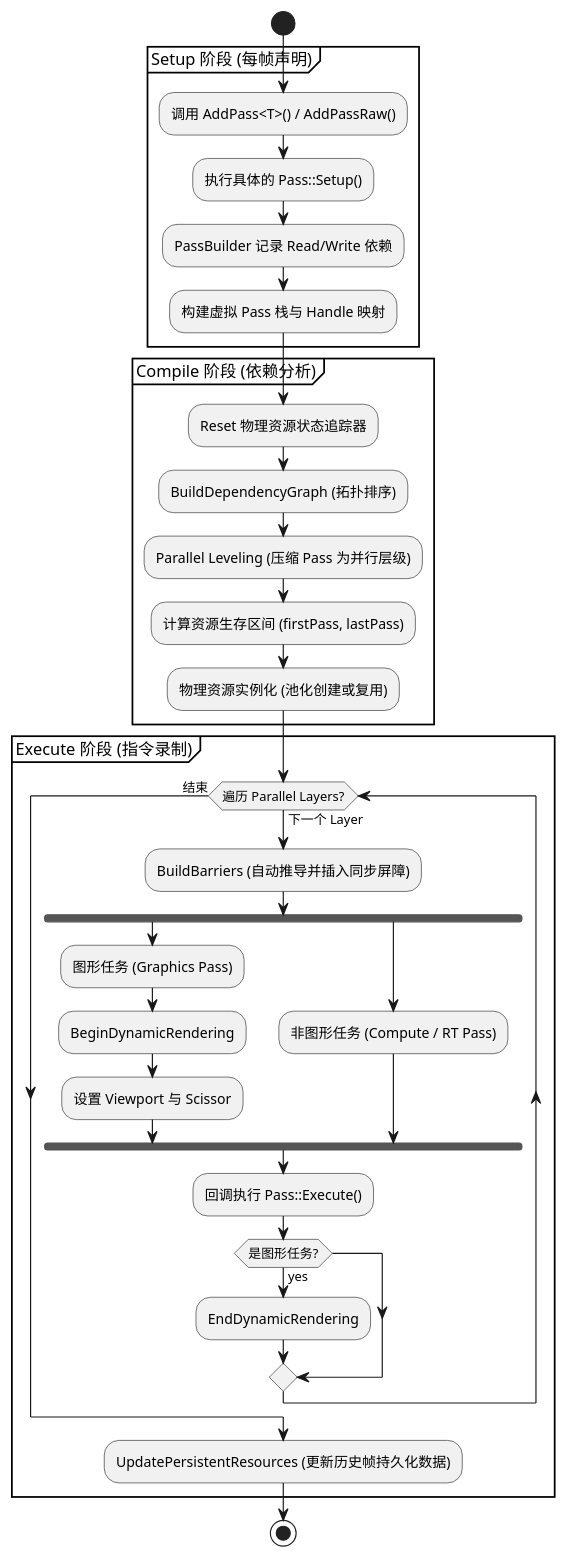
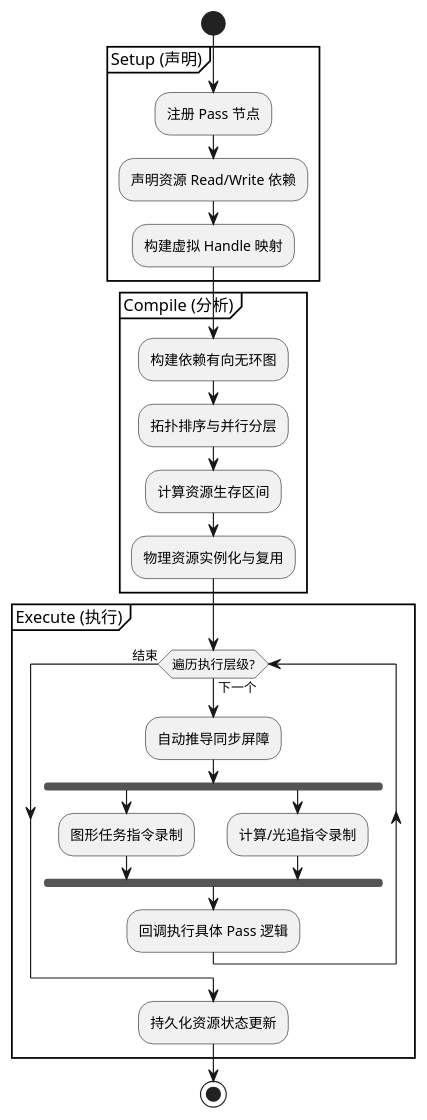
Diagram 11 of 17 in RenderGraph_Architecture_Diagrams.md (CadenXc/HybridRenderer), drawn with PlantUML before and after one commit. The commit also changed other lines of this file and 3 other files, not shown here.

````diff
--- a/RenderGraph_Architecture_Diagrams.md
+++ b/RenderGraph_Architecture_Diagrams.md
@@ -538,43 +464,36 @@
 ```plantuml
 @startuml
 skinparam backgroundColor white
 skinparam shadowing false
 
 start
 
-partition "Setup 阶段 (每帧声明)" {
-    :调用 AddPass<T>() / AddPassRaw();
-    :执行具体的 Pass::Setup();
-    :PassBuilder 记录 Read/Write 依赖;
-    :构建虚拟 Pass 栈与 Handle 映射;
+partition "Setup (声明)" {
+    :注册 Pass 节点;
+    :声明资源 Read/Write 依赖;
+    :构建虚拟 Handle 映射;
 }
 
-partition "Compile 阶段 (依赖分析)" {
-    :Reset 物理资源状态追踪器;
-    :BuildDependencyGraph (拓扑排序);
-    :Parallel Leveling (压缩 Pass 为并行层级);
-    :计算资源生存区间 (firstPass, lastPass);
-    :物理资源实例化 (池化创建或复用);
+partition "Compile (分析)" {
+    :构建依赖有向无环图;
+    :拓扑排序与并行分层;
+    :计算资源生存区间;
+    :物理资源实例化与复用;
 }
 
-partition "Execute 阶段 (指令录制)" {
-    while (遍历 Parallel Layers?) is (下一个 Layer)
-        :BuildBarriers (自动推导并插入同步屏障);
+partition "Execute (执行)" {
+    while (遍历执行层级?) is (下一个)
+        :自动推导同步屏障;
         fork
-            :图形任务 (Graphics Pass);
-            :BeginDynamicRendering;
-            :设置 Viewport 与 Scissor;
+            :图形任务指令录制;
         fork again
-            :非图形任务 (Compute / RT Pass);
+            :计算/光追指令录制;
         end fork
-        :回调执行 Pass::Execute();
-        if (是图形任务?) then (yes)
-            :EndDynamicRendering;
-        endif
+        :回调执行具体 Pass 逻辑;
     endwhile (结束)
-    :UpdatePersistentResources (更新历史帧持久化数据);
+    :持久化资源状态更新;
 }
 
 stop
 @enduml
 ```
````
